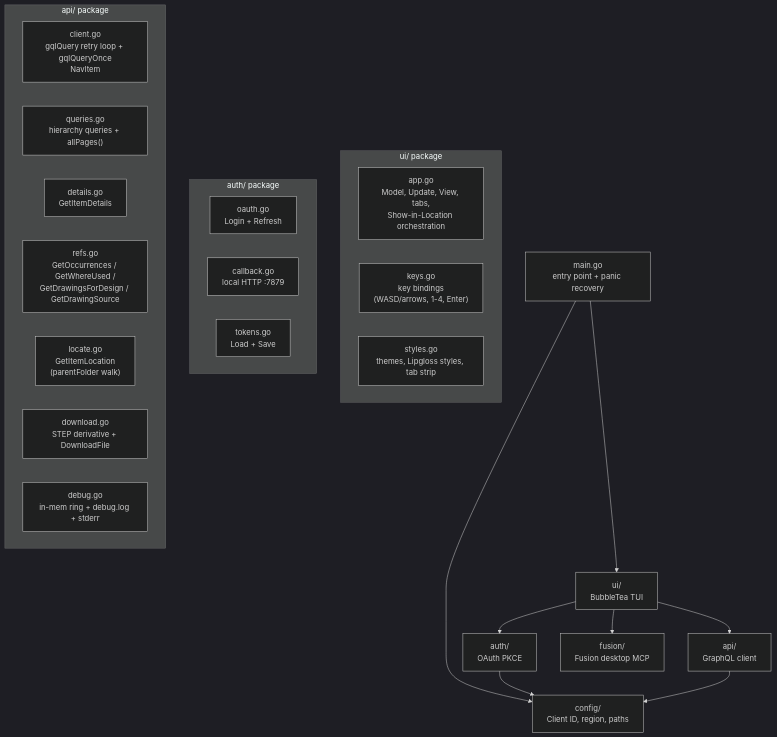
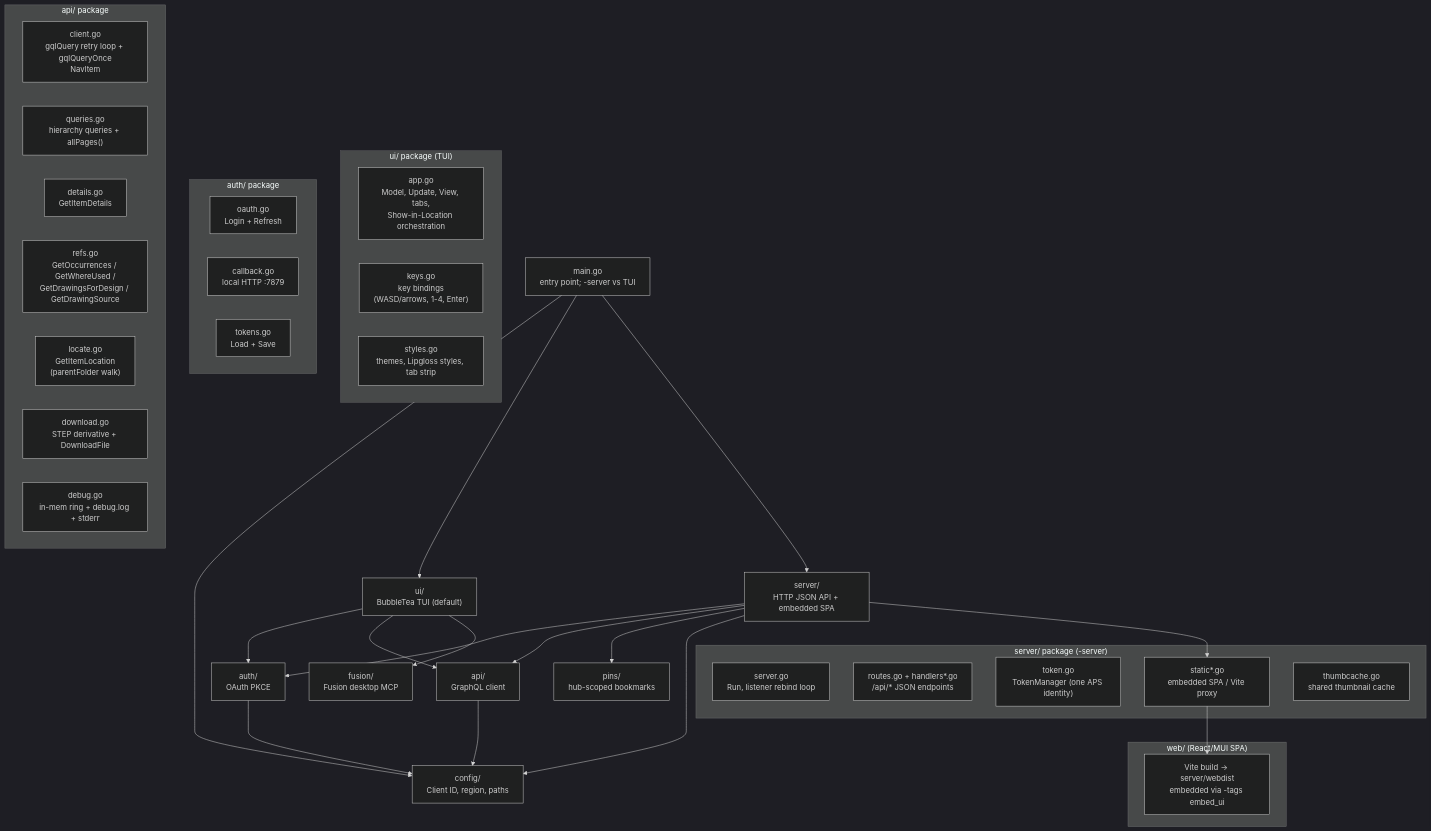
The second of 3 diagrams in docs/development.md (schneik80/fusionlocalserver), drawn with Mermaid (dark theme) before and after one commit. The commit also changed other lines of this file and 56 other files, not shown here.

````diff
--- a/docs/development.md
+++ b/docs/development.md
@@ -100,32 +111,55 @@
 ```mermaid
 graph TD
-    main["main.go\nentry point + panic recovery"] --> config["config/\nClient ID, region, paths"]
-    main --> ui["ui/\nBubbleTea TUI"]
+    main["main.go\nentry point; -server vs TUI"] --> config["config/\nClient ID, region, paths"]
+    main --> ui["ui/\nBubbleTea TUI (default)"]
+    main --> server["server/\nHTTP JSON API + embedded SPA"]
+
     ui --> auth["auth/\nOAuth PKCE"]
     ui --> api_pkg["api/\nGraphQL client"]
     ui --> fusion_pkg["fusion/\nFusion desktop MCP"]
+
+    server --> auth
+    server --> api_pkg
+    server --> pins_pkg["pins/\nhub-scoped bookmarks"]
+    server --> config
+
     auth --> config
     api_pkg --> config
 
-    subgraph "ui/ package"
+    subgraph "ui/ package (TUI)"
         app["app.go\nModel, Update, View, tabs,\nShow-in-Location orchestration"]
         keys["keys.go\nkey bindings\n(WASD/arrows, 1-4, Enter)"]
         styles["styles.go\nthemes, Lipgloss styles, tab strip"]
     end
+
+    subgraph "server/ package (-server)"
+        srv["server.go\nRun, listener rebind loop"]
+        routes["routes.go + handlers*.go\n/api/* JSON endpoints"]
+        token["token.go\nTokenManager (one APS identity)"]
+        static["static*.go\nembedded SPA / Vite proxy"]
+        thumb["thumbcache.go\nshared thumbnail cache"]
+    end
+
+    subgraph "web/ (React/MUI SPA)"
+        spa["Vite build → server/webdist\nembedded via -tags embed_ui"]
+    end
+
+    server --> static
+    static --> spa
 
     subgraph "auth/ package"
         oauth["oauth.go\nLogin + Refresh"]
         callback["callback.go\nlocal HTTP :7879"]
         tokens["tokens.go\nLoad + Save"]
     end
 
     subgraph "api/ package"
         client["client.go\ngqlQuery retry loop + gqlQueryOnce\nNavItem"]
         queries["queries.go\nhierarchy queries + allPages()"]
         details_f["details.go\nGetItemDetails"]
         refs["refs.go\nGetOccurrences / GetWhereUsed /\nGetDrawingsForDesign / GetDrawingSource"]
         locate["locate.go\nGetItemLocation\n(parentFolder walk)"]
         download["download.go\nSTEP derivative + DownloadFile"]
         debug["debug.go\nin-mem ring + debug.log + stderr"]
     end
 ```
````
